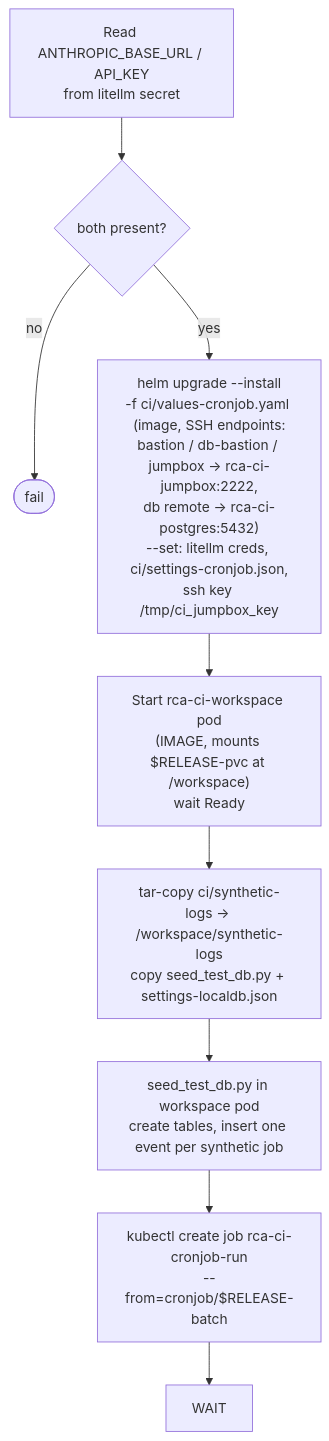
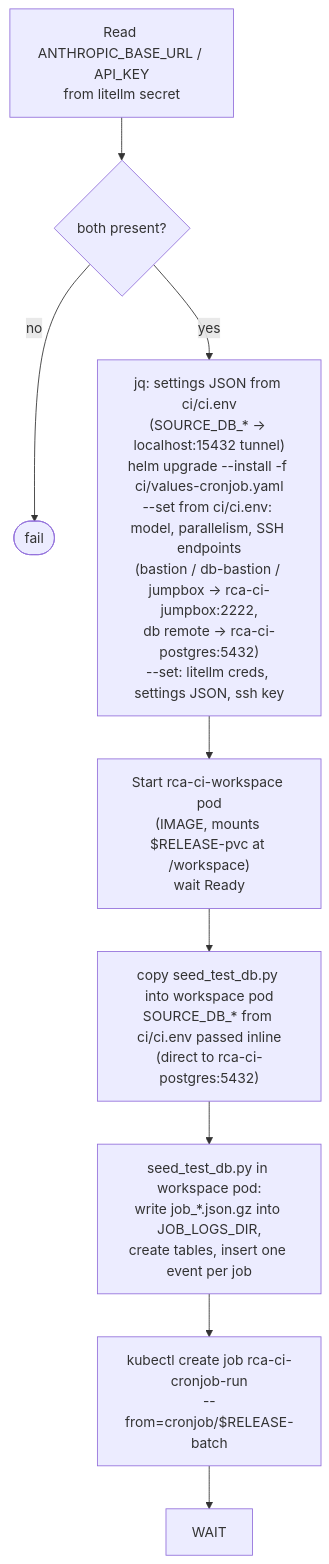
The fifth of 7 diagrams in docs/ci-flow.md (rhpds/aap2-rca-agent), drawn with Mermaid before and after one commit. The commit also changed other lines of this file and 10 other files, not shown here.

````diff
--- a/docs/ci-flow.md
+++ b/docs/ci-flow.md
@@ -87,13 +89,13 @@
 ```mermaid
 flowchart TD
     HELM["Read ANTHROPIC_BASE_URL / API_KEY<br/>from litellm secret"] --> LLC{"both present?"}
     LLC -- no --> FAIL3([fail])
-    LLC -- yes --> HI["helm upgrade --install<br/>-f ci/values-cronjob.yaml (image, SSH endpoints:<br/>bastion / db-bastion / jumpbox → rca-ci-jumpbox:2222,<br/>db remote → rca-ci-postgres:5432)<br/>--set: litellm creds, ci/settings-cronjob.json,<br/>ssh key /tmp/ci_jumpbox_key"]
+    LLC -- yes --> HI["jq: settings JSON from ci/ci.env<br/>(SOURCE_DB_* → localhost:15432 tunnel)<br/>helm upgrade --install -f ci/values-cronjob.yaml<br/>--set from ci/ci.env: model, parallelism, SSH endpoints<br/>(bastion / db-bastion / jumpbox → rca-ci-jumpbox:2222,<br/>db remote → rca-ci-postgres:5432)<br/>--set: litellm creds, settings JSON, ssh key"]
 
     HI --> WP["Start rca-ci-workspace pod<br/>(IMAGE, mounts $RELEASE-pvc at /workspace)<br/>wait Ready"]
-    WP --> ST["tar-copy ci/synthetic-logs → /workspace/synthetic-logs<br/>copy seed_test_db.py + settings-localdb.json"]
-    ST --> SEED["seed_test_db.py in workspace pod<br/>create tables, insert one event per synthetic job"]
+    WP --> ST["copy seed_test_db.py into workspace pod<br/>SOURCE_DB_* from ci/ci.env passed inline<br/>(direct to rca-ci-postgres:5432)"]
+    ST --> SEED["seed_test_db.py in workspace pod:<br/>write job_*.json.gz into JOB_LOGS_DIR,<br/>create tables, insert one event per job"]
 
     SEED --> RUN["kubectl create job rca-ci-cronjob-run<br/>--from=cronjob/$RELEASE-batch"]
     RUN --> WAIT
 ```
````
